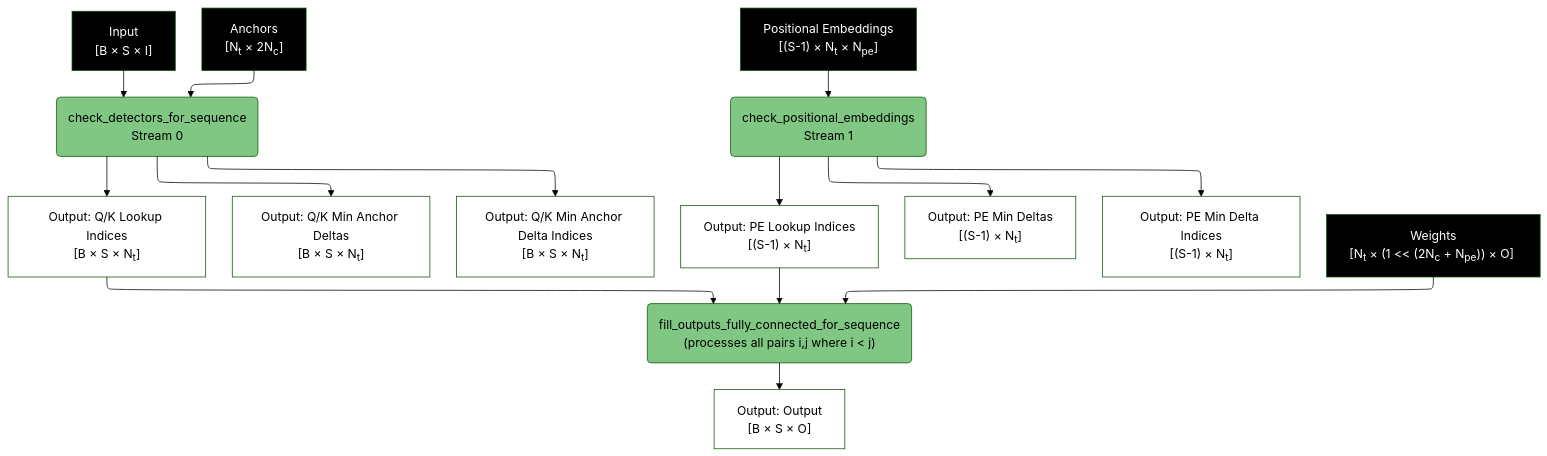
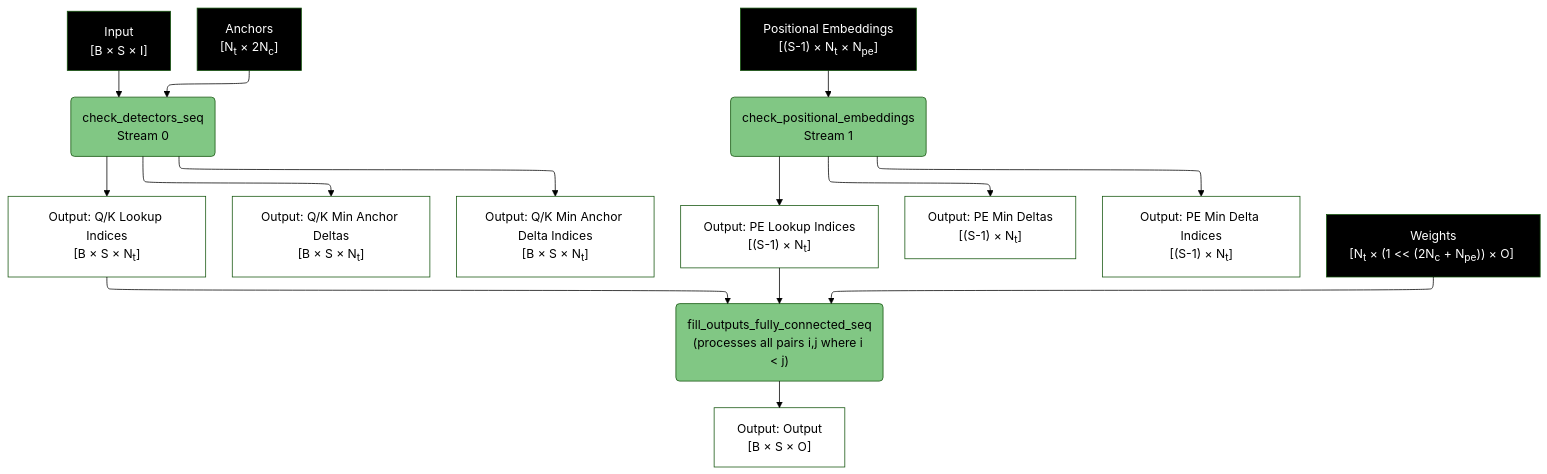
Before and after one commit to anatoli-starostin/spiky: the fifth of 8 diagrams in spiky_cuda/lut/doc/LUT_RUNTIME_DATA_FLOW.md, drawn with Mermaid (forest theme). The commit also changed other lines of this file and 5 other files, not shown here.

````diff
--- a/spiky_cuda/lut/doc/LUT_RUNTIME_DATA_FLOW.md
+++ b/spiky_cuda/lut/doc/LUT_RUNTIME_DATA_FLOW.md
@@ -172,37 +172,37 @@
 ```mermaid
 %%{init: { "flowchart": { "defaultRenderer": "elk" } }}%%
 flowchart TD
-    A["Input<br/>[B × S × I]"] --> B("check_detectors_for_sequence<br/>Stream 0")
+    A["Input<br/>[B × S × I]"] --> B("check_detectors_seq<br/>Stream 0")
     D5["Anchors<br/>[N<sub>t</sub> × 2N<sub>c</sub>]"] --> B
     C["Positional Embeddings<br/>[(S-1) × N<sub>t</sub> × N<sub>pe</sub>]"] --> D("check_positional_embeddings<br/>Stream 1")
     
     B --> E["Output: Q/K Lookup Indices<br/>[B × S × N<sub>t</sub>]"]
     B --> F["Output: Q/K Min Anchor Deltas<br/>[B × S × N<sub>t</sub>]"]
     B --> G["Output: Q/K Min Anchor Delta Indices<br/>[B&nbsp;×&nbsp;S&nbsp;×&nbsp;N<sub>t</sub>]"]
     
     D --> H["Output: PE Lookup Indices<br/>[(S-1) × N<sub>t</sub>]"]
     D --> I["Output: PE Min Deltas<br/>[(S-1) × N<sub>t</sub>]"]
     D --> J["Output: PE Min Delta Indices<br/>[(S-1) × N<sub>t</sub>]"]
     
-    E --> K("fill_outputs_fully_connected_for_sequence<br/>(processes all pairs i,j where i < j)")
+    E --> K("fill_outputs_fully_connected_seq<br/>(processes all pairs i,j where i < j)")
     H --> K
     
     W5["Weights<br/>[N<sub>t</sub>&nbsp;×&nbsp;(1&nbsp;<<&nbsp;(2N<sub>c</sub>&nbsp;+&nbsp;N<sub>pe</sub>))&nbsp;×&nbsp;O]&nbsp;"] --> K
     
     K --> Q["Output: Output<br/>[B × S × O]"]
     
     style B fill:#81c784,color:#000000
     style D fill:#81c784,color:#000000
     style K fill:#81c784,color:#000000
     style A fill:#000000,color:#ffffff
     style C fill:#000000,color:#ffffff
     style D5 fill:#000000,color:#ffffff
     style W5 fill:#000000,color:#ffffff
     style E fill:#ffffff,color:#000000
     style F fill:#ffffff,color:#000000
     style G fill:#ffffff,color:#000000
     style H fill:#ffffff,color:#000000
     style I fill:#ffffff,color:#000000
     style J fill:#ffffff,color:#000000
     style Q fill:#ffffff,color:#000000
 ```
````
